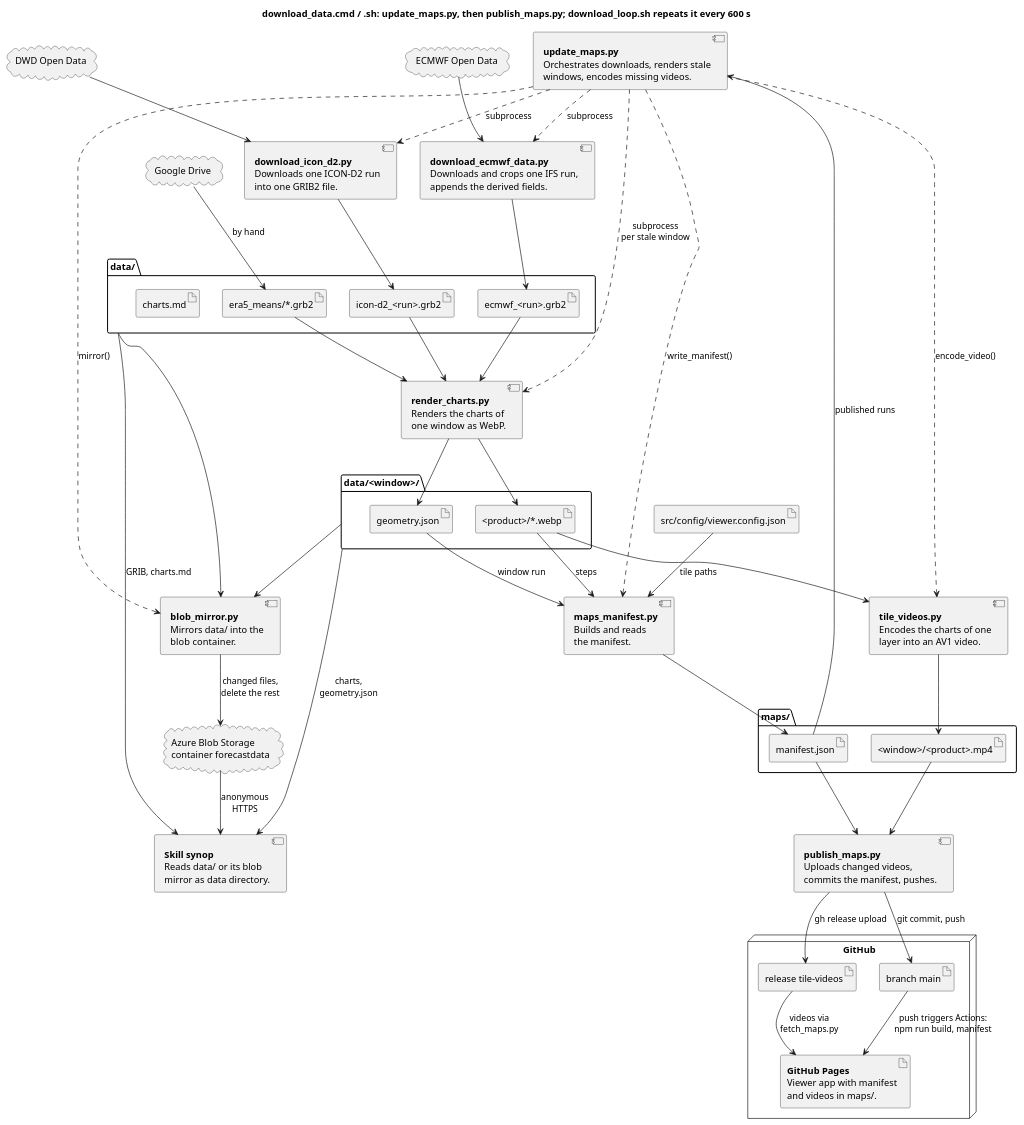
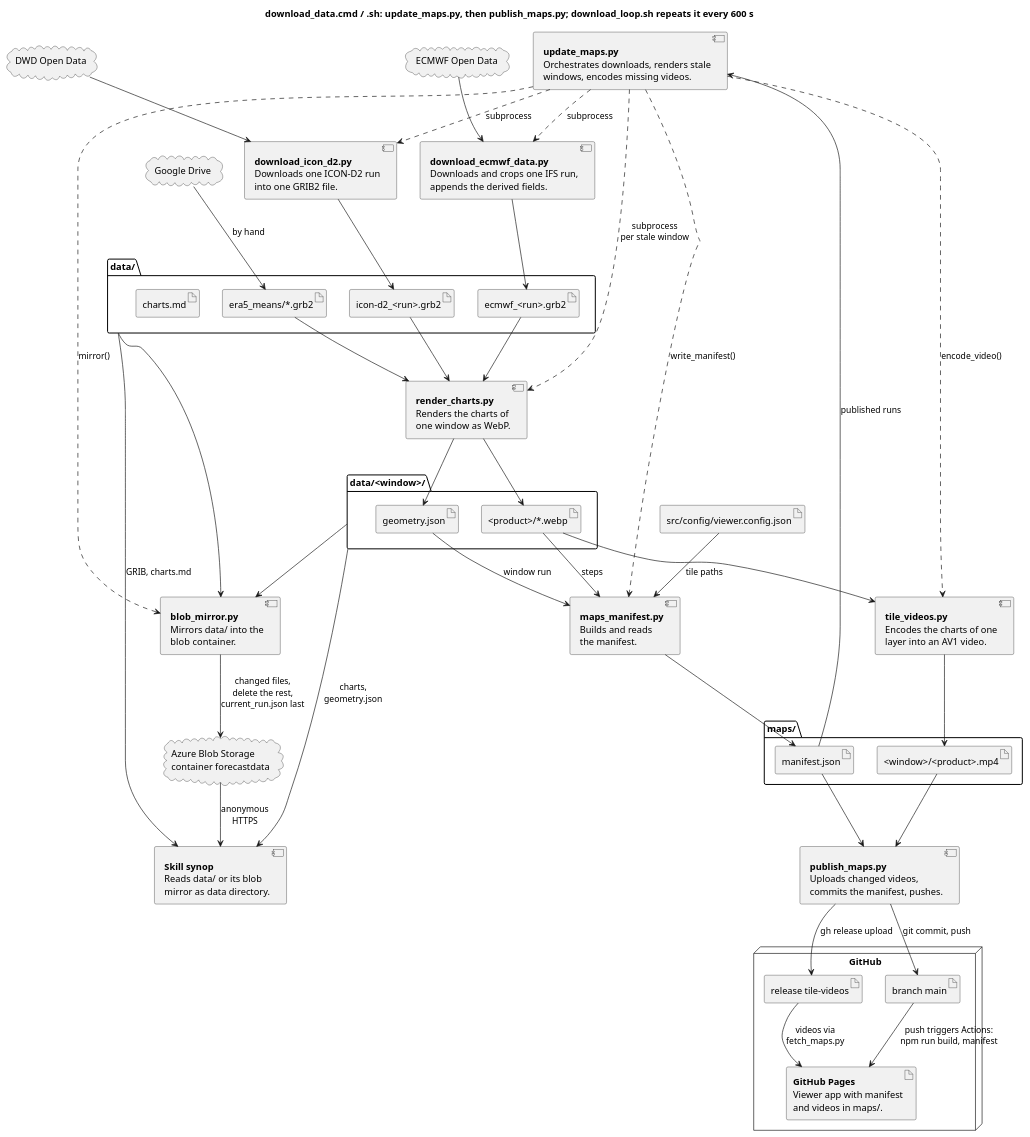
One commit to schletz/wetterkartenviewer changed the first of 5 diagrams in REFERENCE.scripts.md. Above: the diagram before and after it, drawn with PlantUML. The commit also changed other lines of this file and 3 other files, not shown here.

First line of the commit message:
Mark a consistent blob container with current_run.json

````diff
--- a/REFERENCE.scripts.md
+++ b/REFERENCE.scripts.md
@@ -137,7 +137,7 @@
 window_dir --> synop : charts,\ngeometry.json
 data_dir --> blob_mirror
 window_dir --> blob_mirror
-blob_mirror --> blob : changed files,\ndelete the rest
+blob_mirror --> blob : changed files,\ndelete the rest,\ncurrent_run.json last
 blob --> synop : anonymous\nHTTPS
 @enduml
 ```
````
